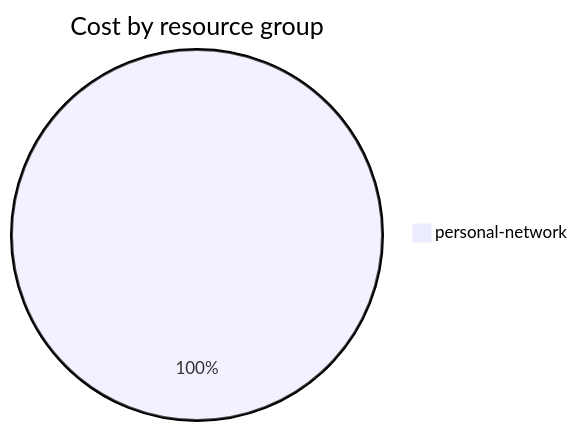
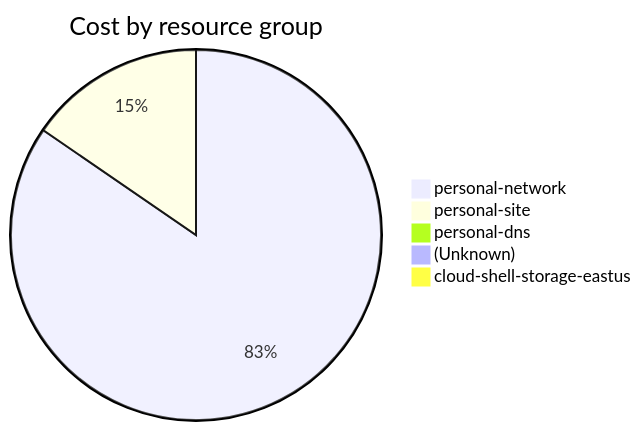
The fourth of 4 diagrams in cost-reports/accumulated-cost.md (jpfulton/azure-personal-reports), drawn with Mermaid before and after one commit. The commit also changed other lines of this file and 4 other files, not shown here.

````diff
--- a/cost-reports/accumulated-cost.md
+++ b/cost-reports/accumulated-cost.md
@@ -119,5 +153,9 @@
 ```mermaid
 pie
    title Cost by resource group
-   "personal-network" : 0.09
+   "personal-network" : 2.96
+   "personal-site" : 0.54
+   "personal-dns" : 0.03
+   "(Unknown)" : 0.03
+   "cloud-shell-storage-eastus" : 0.01
 ```
````
